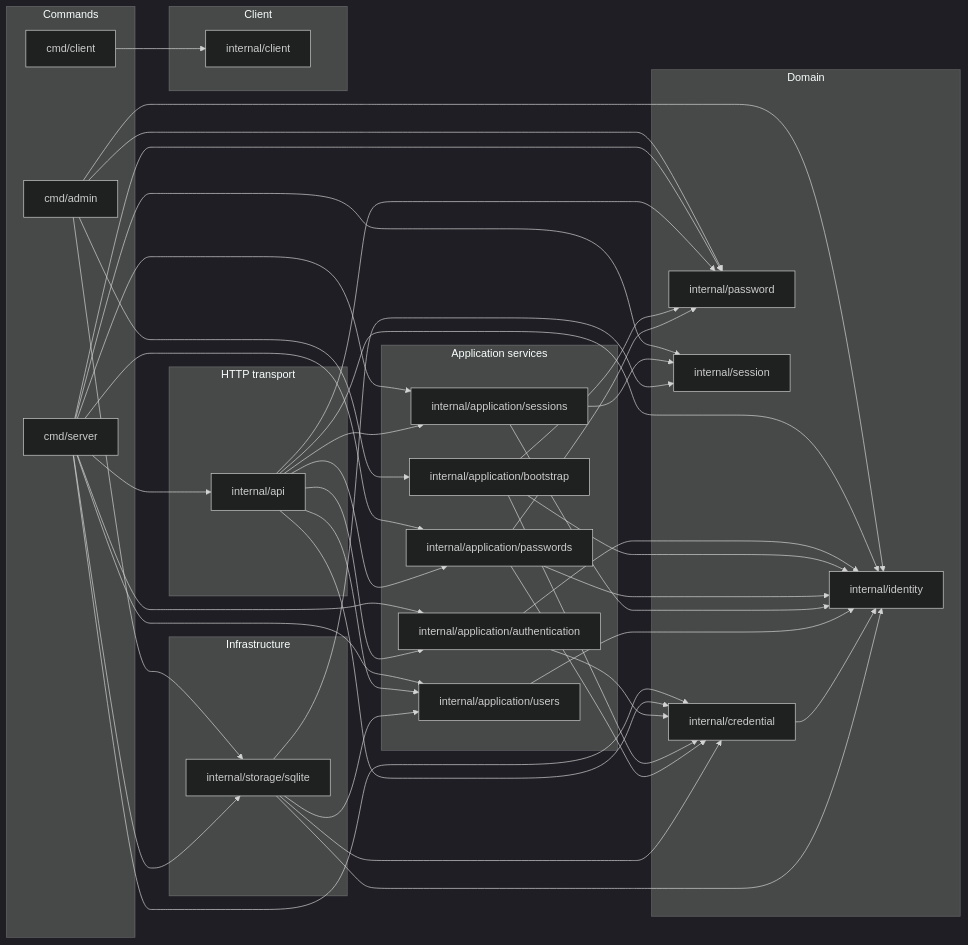
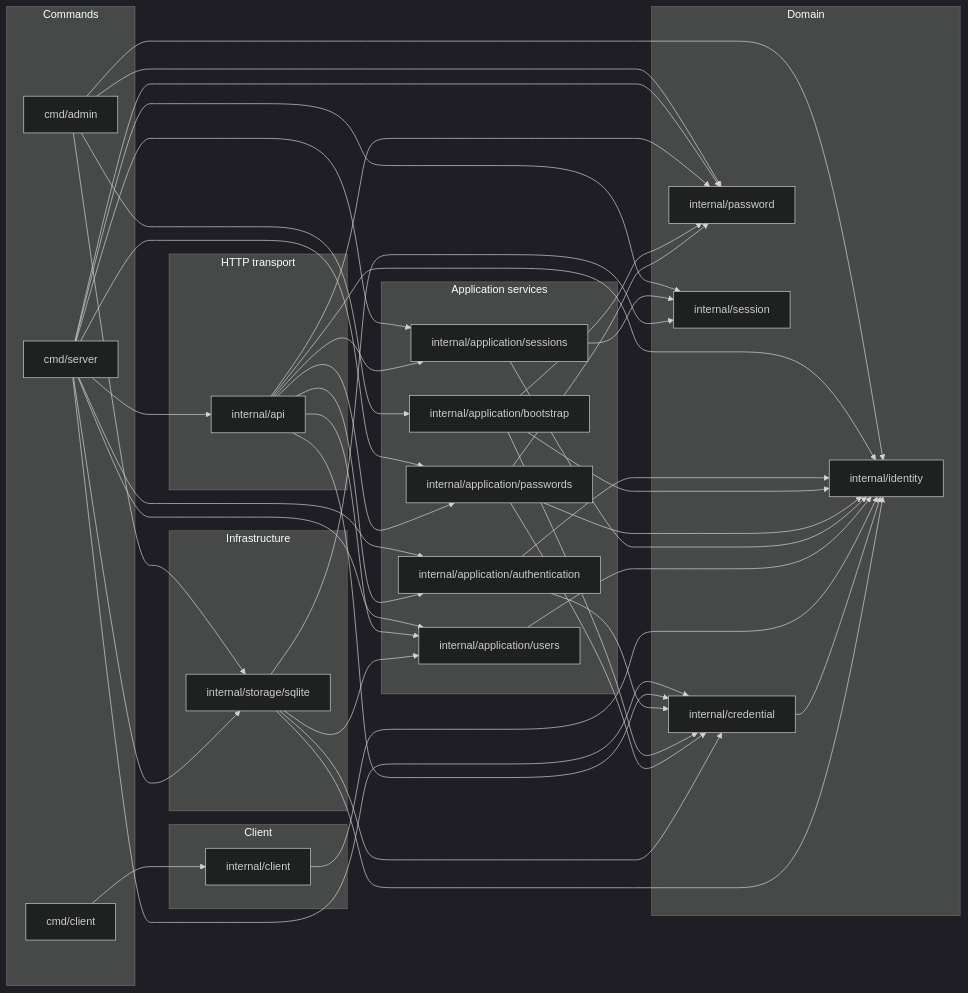
One commit to ebe542/go-mediaarchive changed the diagram in docs/architecture.md. Above: the diagram before and after it, drawn with Mermaid (dark theme). The commit also changed other lines of this file and 10 other files, not shown here.

````diff
--- a/docs/architecture.md
+++ b/docs/architecture.md
@@ -21,67 +21,68 @@
 ```mermaid
 flowchart LR
   subgraph commands["Commands"]
     package0["cmd/admin"]
     package1["cmd/client"]
     package2["cmd/server"]
   end
   subgraph transport["HTTP transport"]
     package3["internal/api"]
   end
   subgraph application["Application services"]
     package4["internal/application/authentication"]
     package5["internal/application/bootstrap"]
     package6["internal/application/passwords"]
     package7["internal/application/sessions"]
     package8["internal/application/users"]
   end
   subgraph domain["Domain"]
     package10["internal/credential"]
     package11["internal/identity"]
     package12["internal/password"]
     package13["internal/session"]
   end
   subgraph infrastructure["Infrastructure"]
     package14["internal/storage/sqlite"]
   end
   subgraph client["Client"]
     package9["internal/client"]
   end
   package0 --> package5
   package0 --> package11
   package0 --> package12
   package0 --> package14
   package1 --> package9
   package2 --> package3
   package2 --> package4
   package2 --> package6
   package2 --> package7
   package2 --> package8
   package2 --> package10
   package2 --> package12
   package2 --> package13
   package2 --> package14
   package3 --> package4
   package3 --> package6
   package3 --> package7
   package3 --> package8
   package3 --> package10
   package3 --> package11
   package3 --> package12
   package4 --> package10
   package4 --> package11
   package5 --> package10
   package5 --> package11
   package5 --> package12
   package6 --> package10
   package6 --> package11
   package6 --> package12
   package7 --> package11
   package7 --> package13
   package8 --> package11
+  package9 --> package11
   package10 --> package11
   package14 --> package8
   package14 --> package10
   package14 --> package11
   package14 --> package13
 ```
````
